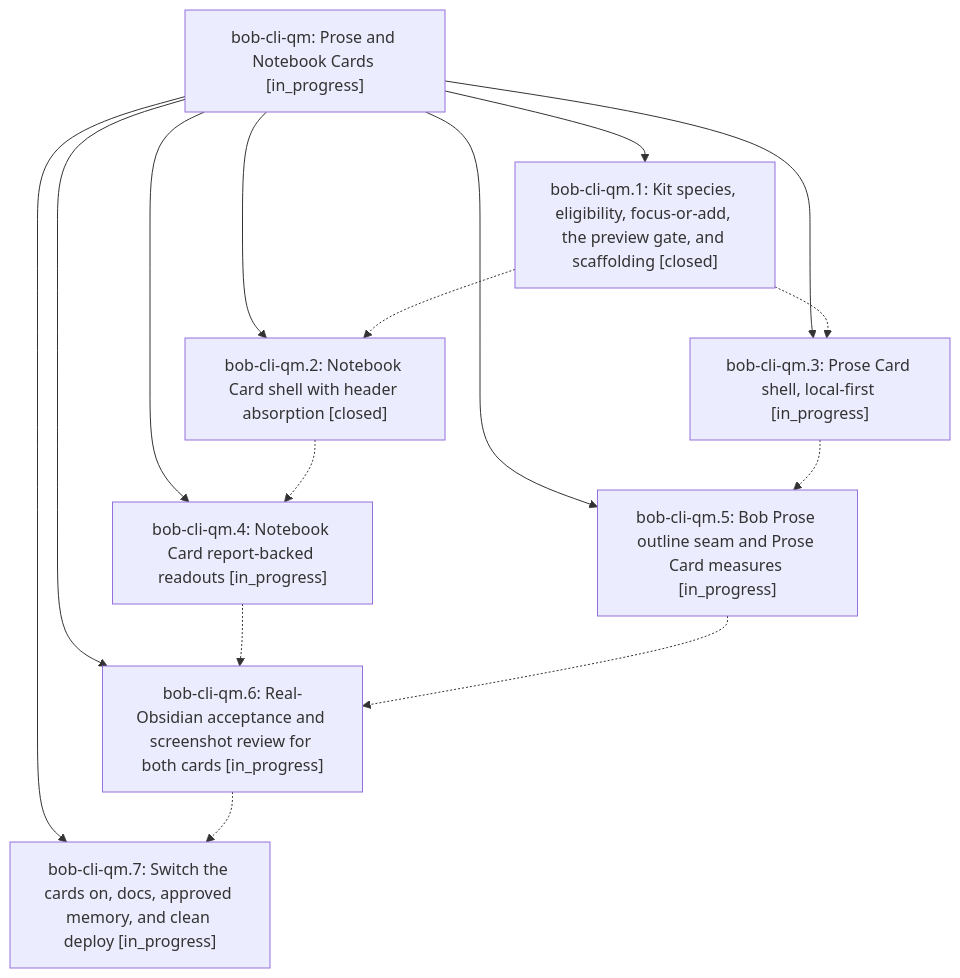
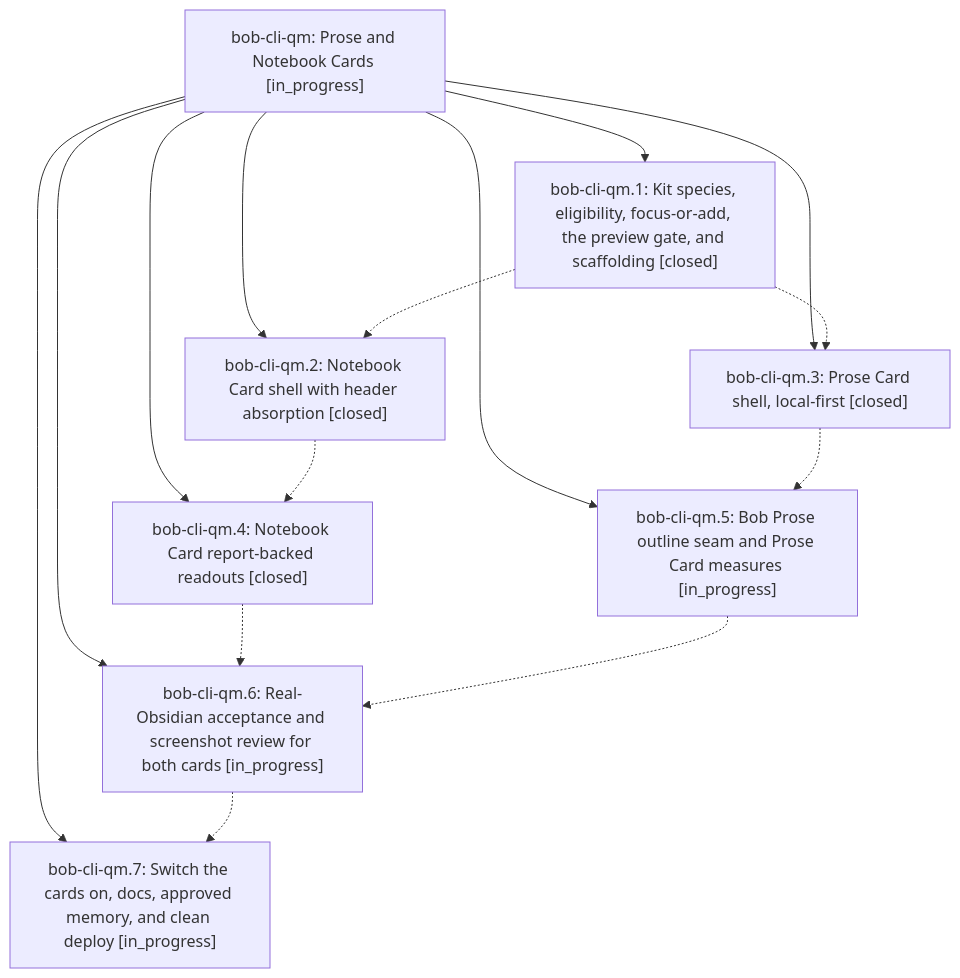
The diagram in pages/bob-cli-qm/README.md (bobs-org/bob-cli--beads), drawn with Mermaid before and after one commit. The commit also changed other lines of this file and 6 other files, not shown here.

First line of the commit message:
chore(beads): sync bead state and pages for bob-cli-qm

````diff
--- a/pages/bob-cli-qm/README.md
+++ b/pages/bob-cli-qm/README.md
@@ -42,25 +42,25 @@
 ```mermaid
 flowchart TD
     n0["bob-cli-qm: Prose and Notebook Cards [in_progress]"]
     n1["bob-cli-qm.1: Kit species, eligibility, focus-or-add, the preview gate, and scaffolding [closed]"]
     n2["bob-cli-qm.2: Notebook Card shell with header absorption [closed]"]
-    n3["bob-cli-qm.3: Prose Card shell, local-first [in_progress]"]
-    n4["bob-cli-qm.4: Notebook Card report-backed readouts [in_progress]"]
+    n3["bob-cli-qm.3: Prose Card shell, local-first [closed]"]
+    n4["bob-cli-qm.4: Notebook Card report-backed readouts [closed]"]
     n5["bob-cli-qm.5: Bob Prose outline seam and Prose Card measures [in_progress]"]
     n6["bob-cli-qm.6: Real-Obsidian acceptance and screenshot review for both cards [in_progress]"]
     n7["bob-cli-qm.7: Switch the cards on, docs, approved memory, and clean deploy [in_progress]"]
     n0 --> n1
     n0 --> n2
     n0 --> n3
     n0 --> n4
     n0 --> n5
     n0 --> n6
     n0 --> n7
     n1 -.-> n2
     n1 -.-> n3
     n2 -.-> n4
     n3 -.-> n5
     n4 -.-> n6
     n5 -.-> n6
     n6 -.-> n7
 ```
````
